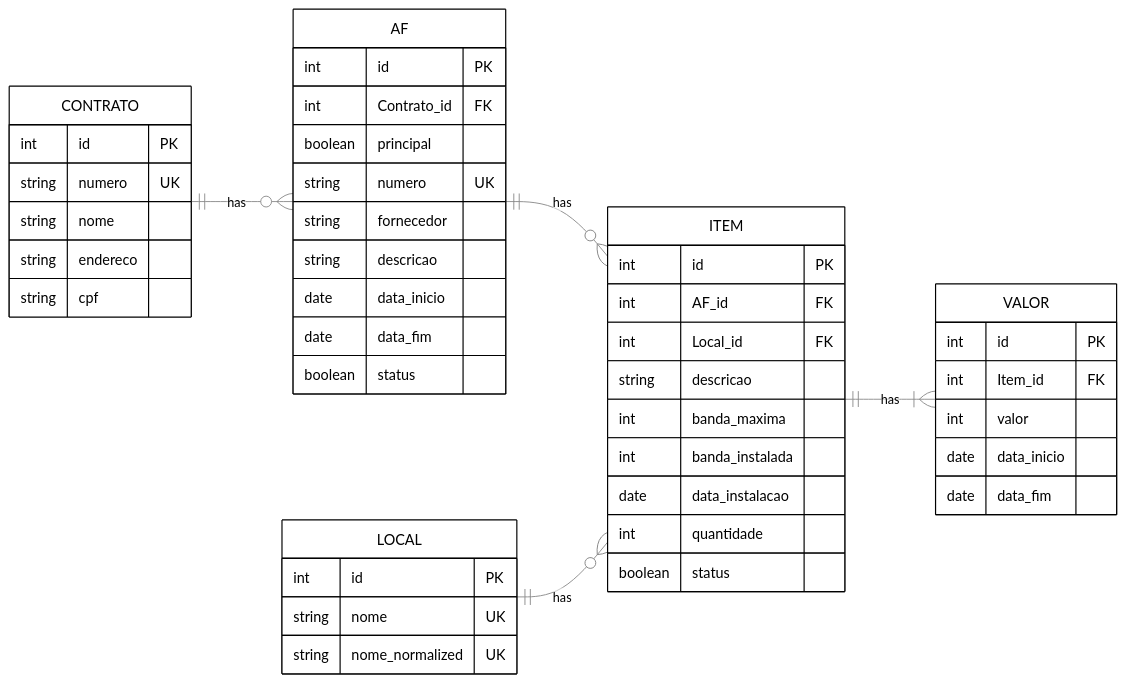
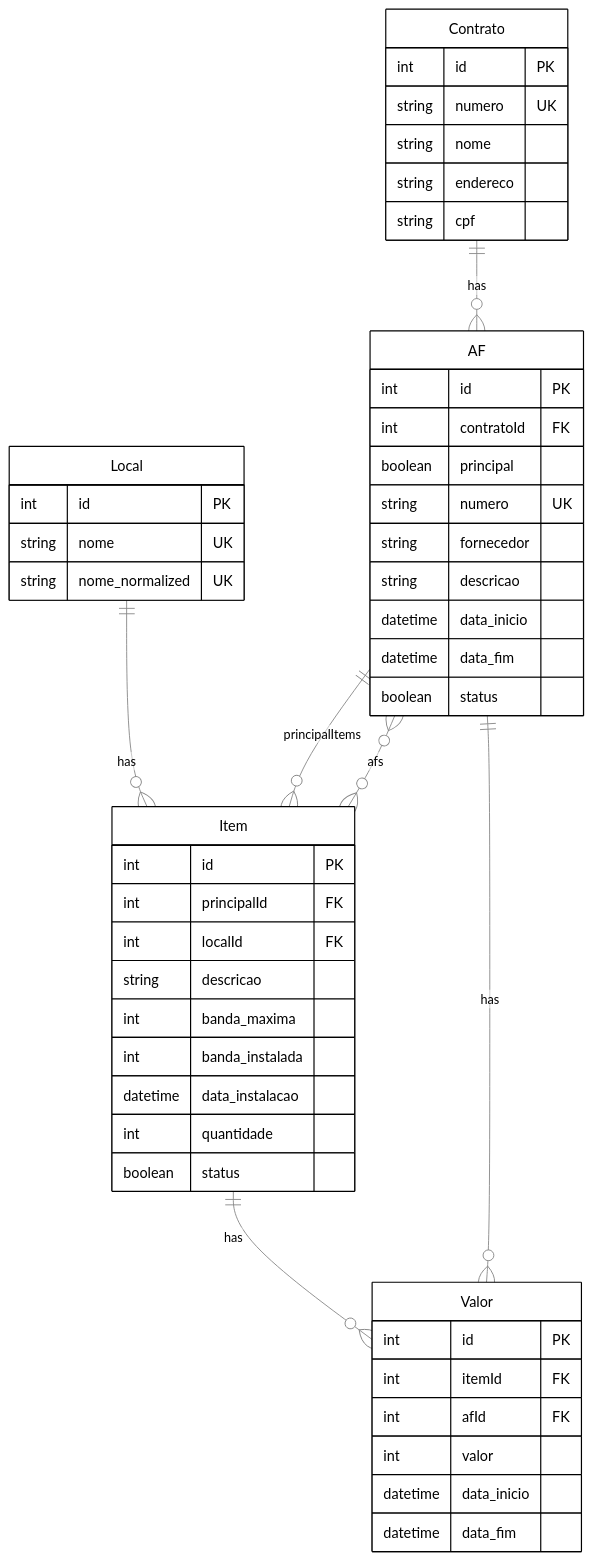
One commit to r-malon/sgaf-js changed the diagram in README.md. Above: the diagram before and after it, drawn with Mermaid. The commit also changed 1 other file, not shown here.

Commit message:
Update diagrams

````diff
--- a/README.md
+++ b/README.md
@@ -4,50 +4,57 @@
 ```mermaid
 %%{init: {'theme': 'base', 'themeVariables': {'fontFamily': 'monospace', 'primaryColor': '#ffffff', 'primaryTextColor': '#000000', 'primaryBorderColor': '#000000', 'lineColor': '#888888', 'secondaryColor': '#ffffff', 'tertiaryColor': '#ffffff', 'background': '#ffffff'}}}%%
 erDiagram
-	direction LR
-	CONTRATO {
-		int id PK
-		string numero UK
-		string nome
-		string endereco
-		string cpf
-	}
-	AF {
-		int id PK
-		int Contrato_id FK
-		boolean principal
-		string numero UK
-		string fornecedor
-		string descricao
-		date data_inicio
-		date data_fim
-		boolean status
-	}
-	LOCAL {
-		int id PK
-		string nome UK
-		string nome_normalized UK
-	}
-	ITEM {
-		int id PK
-		int AF_id FK
-		int Local_id FK
-		string descricao
-		int banda_maxima
-		int banda_instalada
-		date data_instalacao
-		int quantidade
-		boolean status
-	}
-	VALOR {
-		int id PK
-		int Item_id FK
-		int valor
-		date data_inicio
-		date data_fim
-	}
-	CONTRATO ||--o{ AF : has
-	AF ||--o{ ITEM : has
-	LOCAL ||--o{ ITEM : has
-	ITEM ||--|{ VALOR : has
+    Local ||--o{ Item : has
+    Contrato ||--o{ AF : has
+    AF ||--o{ Item : principalItems
+    AF }o--o{ Item : afs
+    AF ||--o{ Valor : has
+    Item ||--o{ Valor : has
+
+    Local {
+        int id PK
+        string nome UK
+        string nome_normalized UK
+    }
+
+    Contrato {
+        int id PK
+        string numero UK
+        string nome
+        string endereco
+        string cpf
+    }
+
+    AF {
+        int id PK
+        int contratoId FK
+        boolean principal
+        string numero UK
+        string fornecedor
+        string descricao
+        datetime data_inicio
+        datetime data_fim
+        boolean status
+    }
+
+    Item {
+        int id PK
+        int principalId FK
+        int localId FK
+        string descricao
+        int banda_maxima
+        int banda_instalada
+        datetime data_instalacao
+        int quantidade
+        boolean status
+    }
+
+    Valor {
+        int id PK
+        int itemId FK
+        int afId FK
+        int valor
+        datetime data_inicio
+        datetime data_fim
+    }
 ```
````
